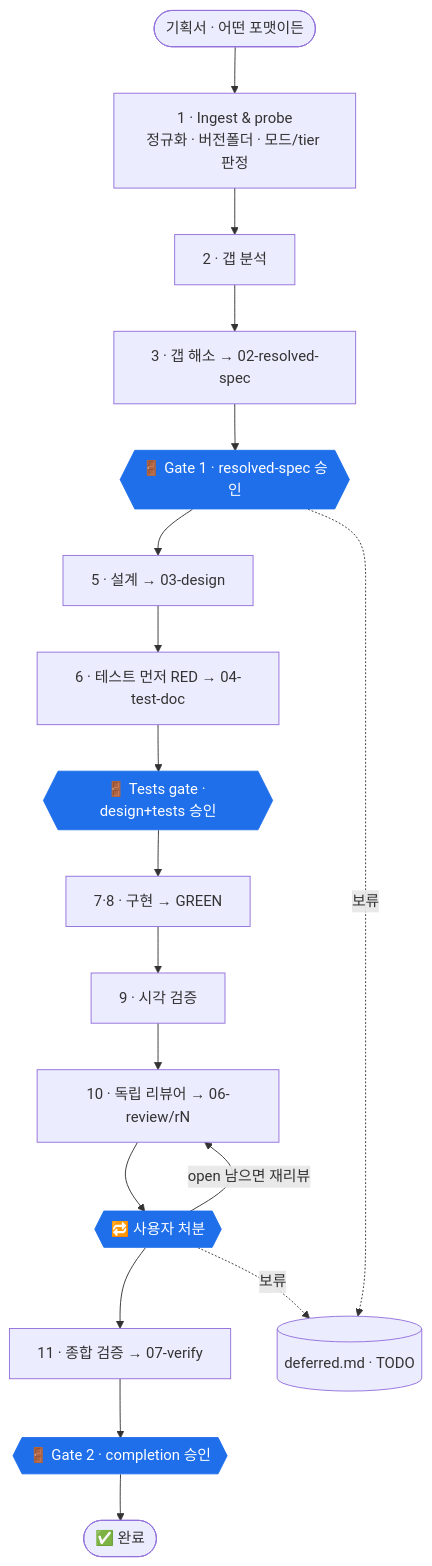
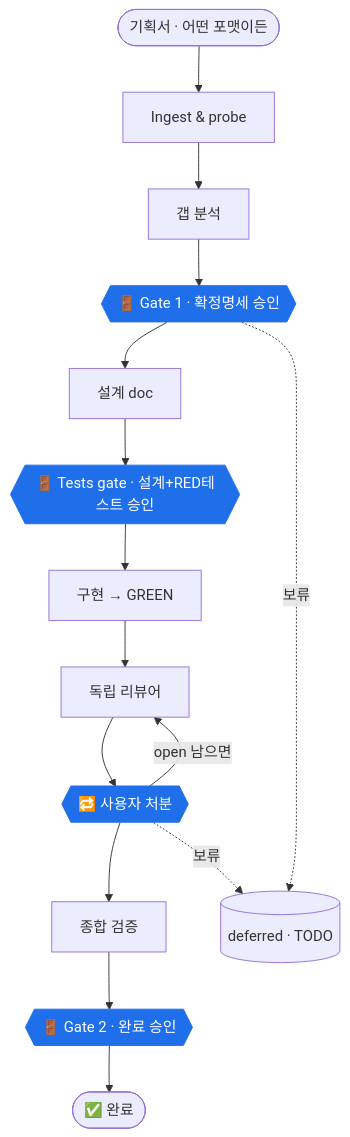
One commit to Seokwoodang/spec-to-code changed the diagram in README.md. Above: the diagram before and after it, drawn with Mermaid. The commit also changed other lines of this file, not shown here.

Commit message:
docs: slim README to a landing page (3 skills, flow, outputs) — move manual detail to skill docs

````diff
--- a/README.md
+++ b/README.md
@@ -135,24 +33,19 @@
 ```mermaid
 flowchart TD
-  S([기획서 · 어떤 포맷이든]) --> P1[1 · Ingest &amp; probe<br/>정규화 · 버전폴더 · 모드/tier 판정]
-  P1 --> P2[2 · 갭 분석]
-  P2 --> P3[3 · 갭 해소 → 02-resolved-spec]
-  P3 --> G1{{🚪 Gate 1 · resolved-spec 승인}}
-  G1 --> P5[5 · 설계 → 03-design]
-  P5 --> P6[6 · 테스트 먼저 RED → 04-test-doc]
-  P6 --> G2{{🚪 Tests gate · design+tests 승인}}
-  G2 --> P7[7·8 · 구현 → GREEN]
-  P7 --> P9[9 · 시각 검증]
-  P9 --> R[10 · 독립 리뷰어 → 06-review/rN]
+  S([기획서 · 어떤 포맷이든]) --> P1[Ingest & probe]
+  P1 --> P2[갭 분석]
+  P2 --> G1{{🚪 Gate 1 · 확정명세 승인}}
+  G1 --> P5[설계 doc]
+  P5 --> G2{{🚪 Tests gate · 설계+RED테스트 승인}}
+  G2 --> P7[구현 → GREEN]
+  P7 --> R[독립 리뷰어]
   R --> G3{{🔁 사용자 처분}}
-  G3 -->|open 남으면 재리뷰| R
-  G3 --> P11[11 · 종합 검증 → 07-verify]
-  P11 --> G4{{🚪 Gate 2 · completion 승인}}
+  G3 -->|open 남으면| R
+  G3 --> P11[종합 검증]
+  P11 --> G4{{🚪 Gate 2 · 완료 승인}}
   G4 --> DONE([✅ 완료])
-
-  G1 -.보류.-> F[(deferred.md · TODO)]
+  G1 -.보류.-> F[(deferred · TODO)]
   G3 -.보류.-> F
-
   classDef gate fill:#1f6feb,color:#fff,stroke:#1f6feb;
   class G1,G2,G3,G4 gate;
 ```
````
